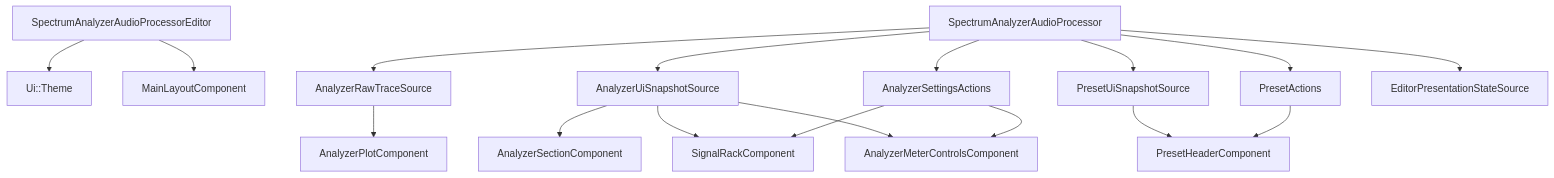
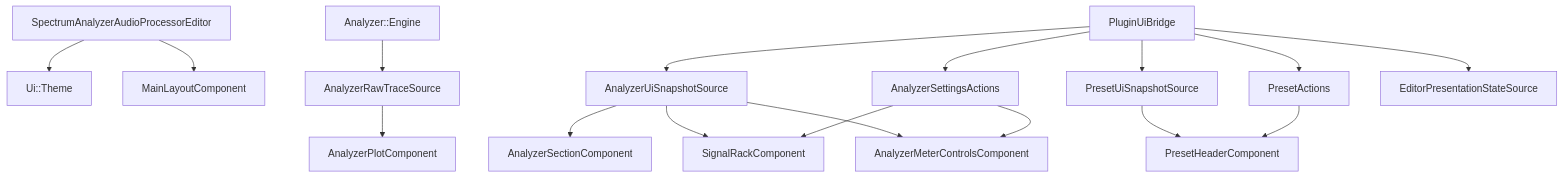
Before and after one commit to Silenterc/Band-Spectrum-Analyzer: the diagram in docs/ui-architecture.md, drawn with Mermaid. The commit also changed other lines of this file and 52 other files, not shown here.

Commit message:
Fix the architecture a bit

````diff
--- a/docs/ui-architecture.md
+++ b/docs/ui-architecture.md
@@ -39,21 +39,21 @@
 ```mermaid
 flowchart TD
     Editor[SpectrumAnalyzerAudioProcessorEditor] --> Theme[Ui::Theme]
     Editor --> Layout[MainLayoutComponent]
 
-    Processor[SpectrumAnalyzerAudioProcessor] --> RawSource[AnalyzerRawTraceSource]
-    Processor --> AnalyzerSnapshot[AnalyzerUiSnapshotSource]
-    Processor --> AnalyzerActions[AnalyzerSettingsActions]
-    Processor --> PresetSnapshot[PresetUiSnapshotSource]
-    Processor --> PresetActions[PresetActions]
-    Processor --> Presentation[EditorPresentationStateSource]
+    Engine[Analyzer::Engine] --> RawSource[AnalyzerRawTraceSource]
+    Bridge[PluginUiBridge] --> AnalyzerSnapshot[AnalyzerUiSnapshotSource]
+    Bridge --> AnalyzerActions[AnalyzerSettingsActions]
+    Bridge --> PresetSnapshot[PresetUiSnapshotSource]
+    Bridge --> PresetActions[PresetActions]
+    Bridge --> Presentation[EditorPresentationStateSource]
 
     RawSource --> AnalyzerPlot[AnalyzerPlotComponent]
     AnalyzerSnapshot --> AnalyzerSection[AnalyzerSectionComponent]
     AnalyzerSnapshot --> Rack[SignalRackComponent]
     AnalyzerSnapshot --> Strip[AnalyzerMeterControlsComponent]
     PresetSnapshot --> Header[PresetHeaderComponent]
     PresetActions --> Header
     AnalyzerActions --> Rack
     AnalyzerActions --> Strip
 ```
````
